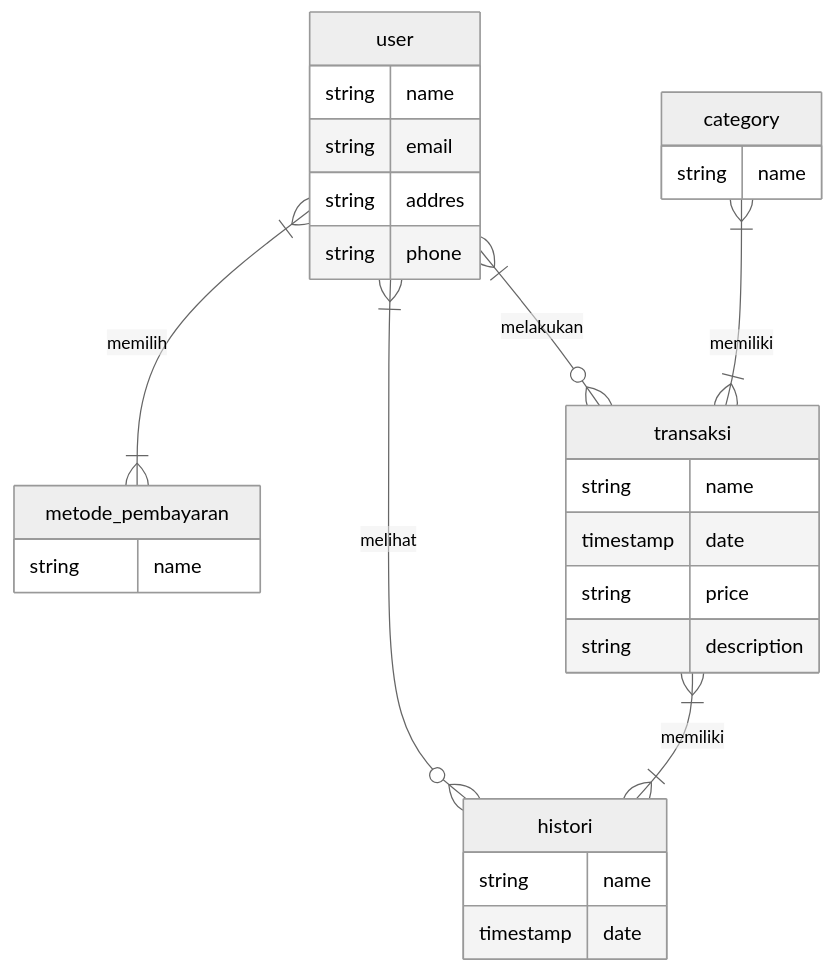
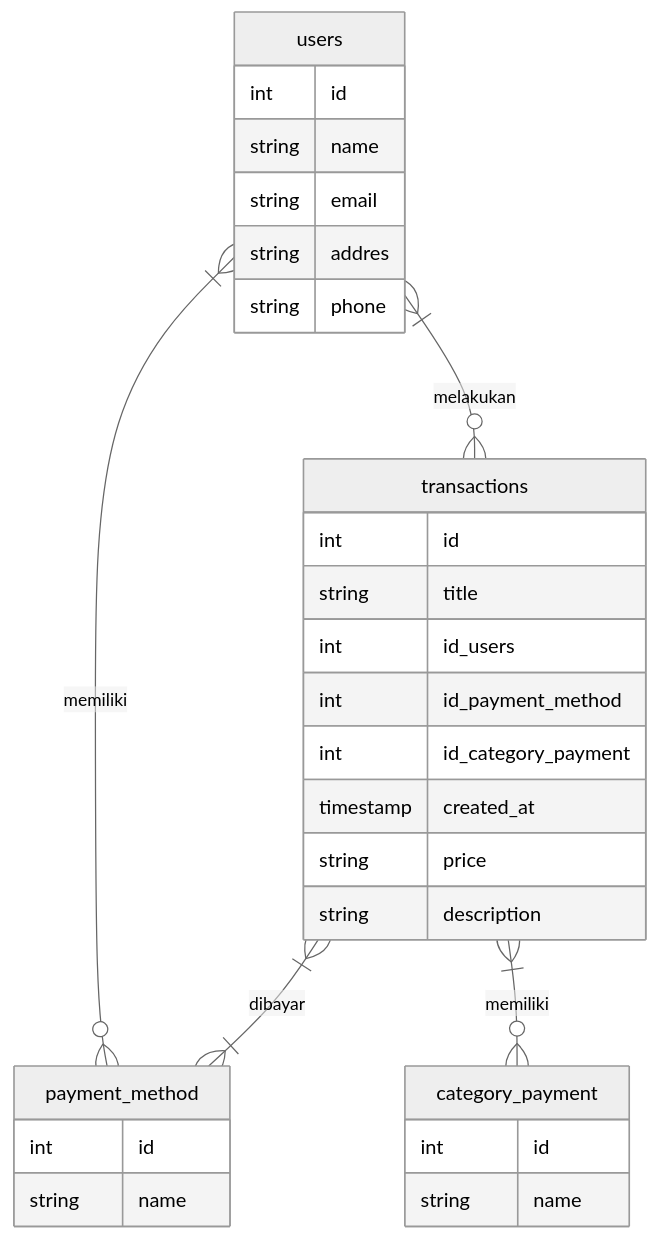
One commit to federus1105/koda-b4-db2 changed the diagram in README.md. Above: the diagram before and after it, drawn with Mermaid (neutral theme).

Commit message:
Feat ( ERD ) : column repair in tables that still have deficiencies

````diff
--- a/README.md
+++ b/README.md
@@ -3,31 +3,33 @@
 ```mermaid
 erDiagram
-user {
+users {
+    int id
     string name
     string email
     string addres
     string phone
 }
-metode_pembayaran {
+payment_method {
+    int id
     string name
 }
-transaksi {
-    string name
-    timestamp date
+transactions {
+    int id
+    string title
+    int id_users
+    int id_payment_method
+    int id_category_payment
+    timestamp created_at
     string price
     string description
 }
-histori {
-    string name
-    timestamp date
-}
-category {
+category_payment {
+    int id
     string name
 }
 
-user }|--o{ transaksi : melakukan
-user }|--|{ metode_pembayaran : memilih
-user }|--o{histori: melihat
-category }|--|{ transaksi : memiliki
-transaksi }|--|{ histori : memiliki
+users }|--o{ transactions : melakukan
+users }|--o{ payment_method : memiliki
+transactions}|--|{payment_method : dibayar
+transactions }|--o{ category_payment : memiliki
 ```
````
